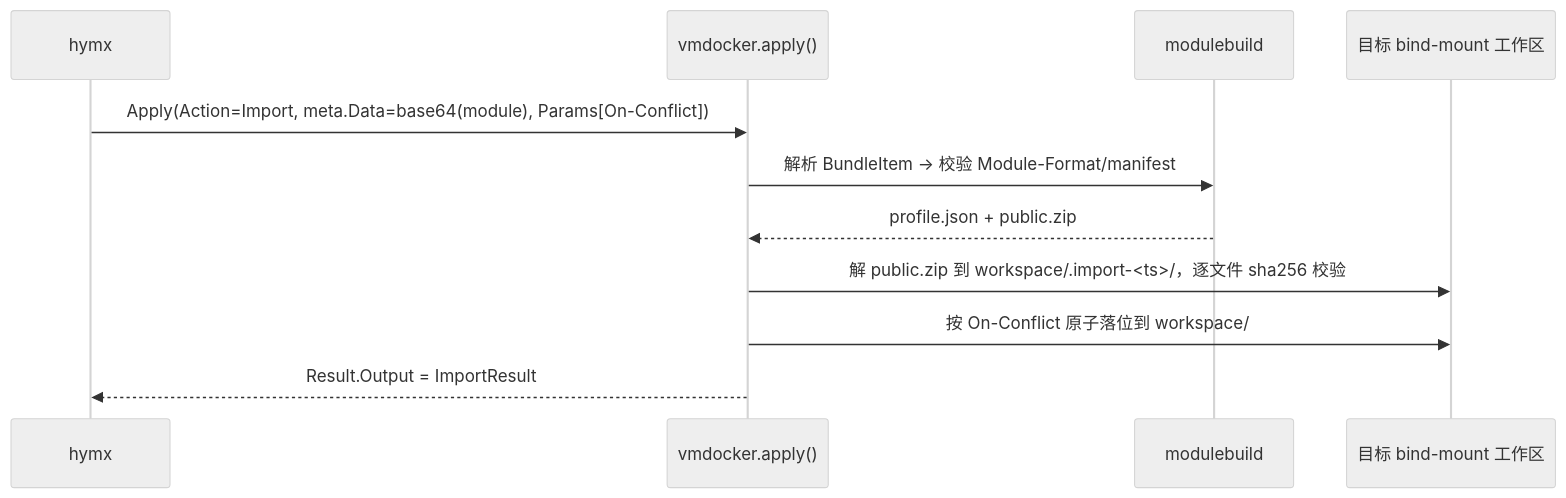
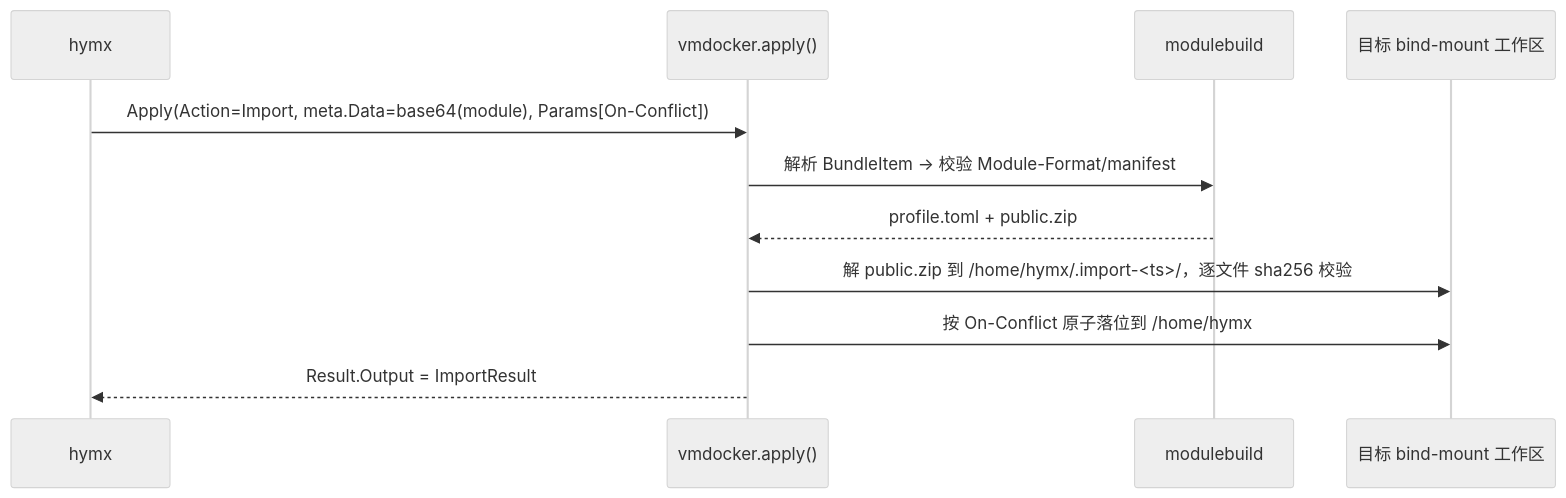
One commit to cryptowizard0/vmdocker_agent changed the fourth of 5 diagrams in docs/superpowers/specs/2026-06-16-vmdocker-capability-export-import-design.md. Above: the diagram before and after it, drawn with Mermaid (neutral theme). The commit also changed other lines of this file, not shown here.

First line of the commit message:
Refine profile spec: TOML format, bin dir, public dirs-only

````diff
--- a/docs/superpowers/specs/2026-06-16-vmdocker-capability-export-import-design.md
+++ b/docs/superpowers/specs/2026-06-16-vmdocker-capability-export-import-design.md
@@ -265,14 +267,14 @@
 ```mermaid
 sequenceDiagram
     participant H as hymx
     participant V as vmdocker.apply()
     participant MB as modulebuild
     participant FS as 目标 bind-mount 工作区
 
     H->>V: Apply(Action=Import, meta.Data=base64(module), Params[On-Conflict])
     V->>MB: 解析 BundleItem → 校验 Module-Format/manifest
-    MB-->>V: profile.json + public.zip
-    V->>FS: 解 public.zip 到 workspace/.import-<ts>/，逐文件 sha256 校验
-    V->>FS: 按 On-Conflict 原子落位到 workspace/
+    MB-->>V: profile.toml + public.zip
+    V->>FS: 解 public.zip 到 /home/hymx/.import-<ts>/，逐文件 sha256 校验
+    V->>FS: 按 On-Conflict 原子落位到 /home/hymx
     V-->>H: Result.Output = ImportResult
 ```
````
